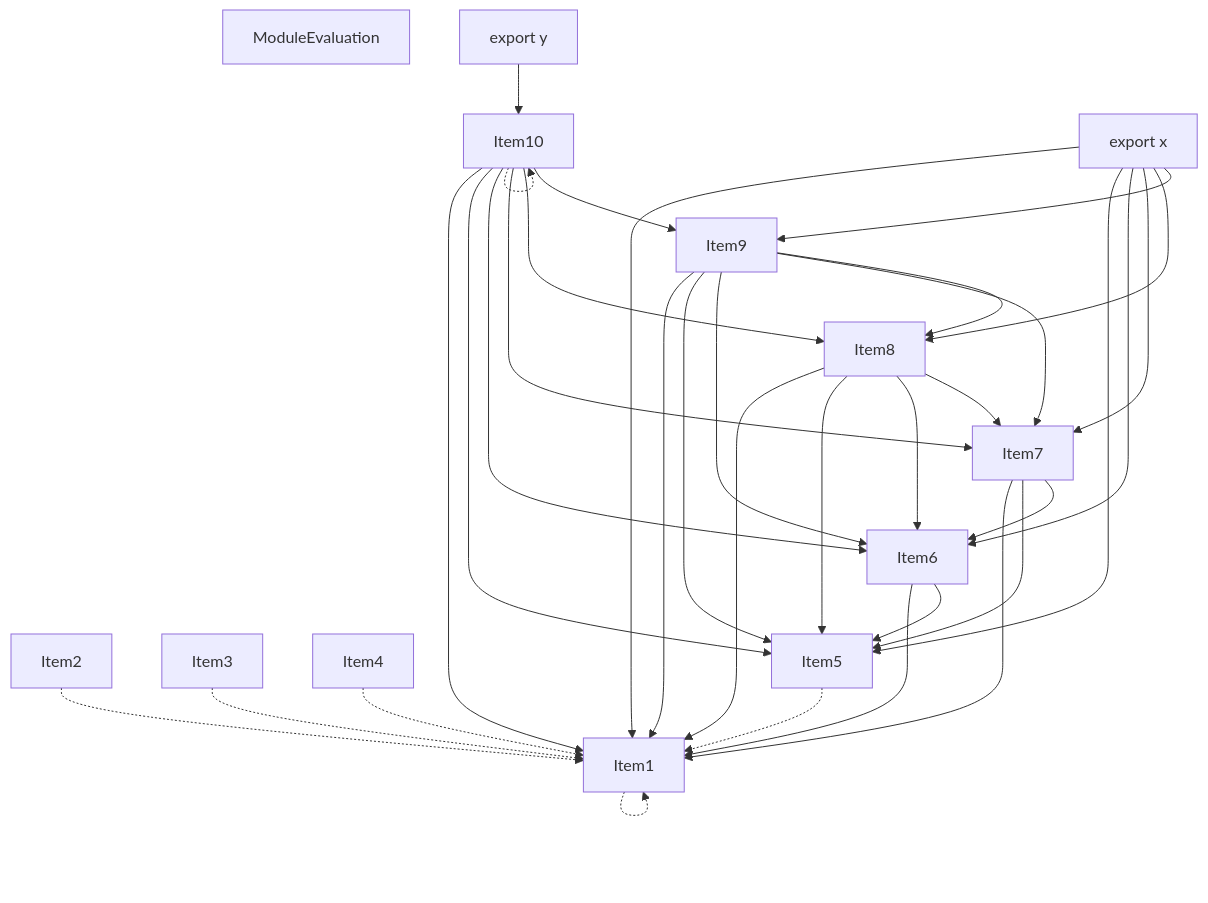
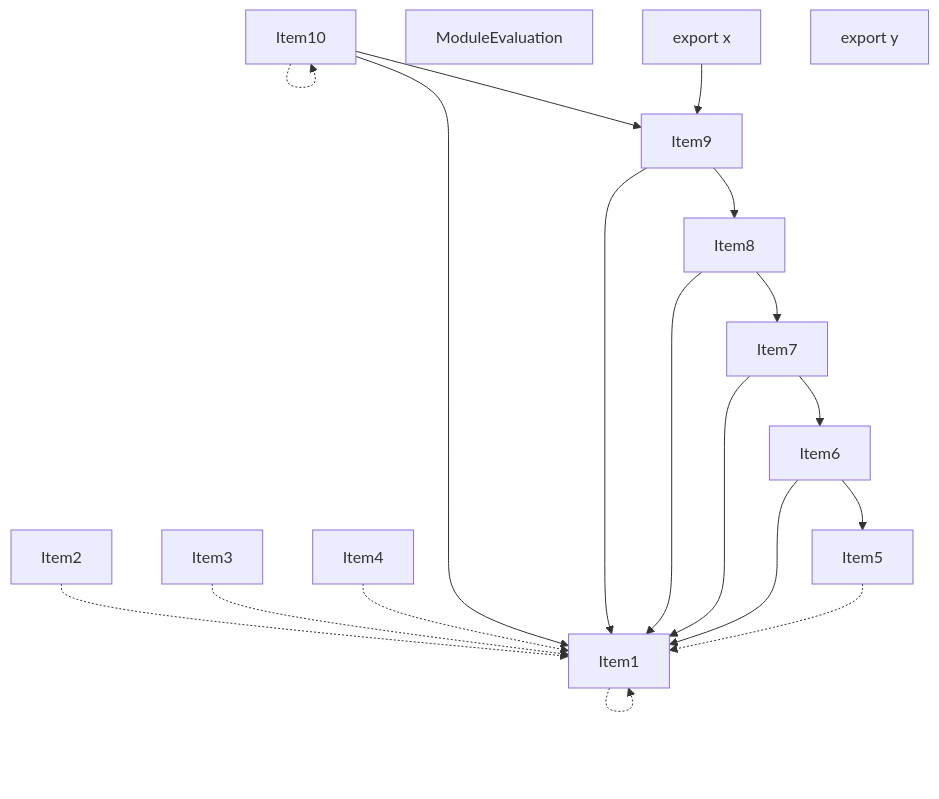
Before and after one commit to vercel/turborepo: the fourth of 5 diagrams in crates/turbopack-ecmascript/tests/tree-shaker/analyzer/grouping/output.md, drawn with Mermaid. The commit also changed other lines of this file and 20 other files, not shown here.

````diff
--- a/crates/turbopack-ecmascript/tests/tree-shaker/analyzer/grouping/output.md
+++ b/crates/turbopack-ecmascript/tests/tree-shaker/analyzer/grouping/output.md
@@ -215,52 +195,36 @@
 ```mermaid
 graph TD
     Item1;
     Item2;
     Item3;
     Item4;
     Item5;
     Item6;
     Item7;
     Item8;
     Item9;
     Item10;
     Item11;
     Item11["ModuleEvaluation"];
     Item12;
     Item12["export x"];
     Item13;
     Item13["export y"];
     Item1 -.-> Item1;
     Item2 -.-> Item1;
     Item3 -.-> Item1;
     Item4 -.-> Item1;
     Item5 -.-> Item1;
+    Item6 --> Item5;
     Item6 --> Item1;
-    Item6 --> Item5;
+    Item7 --> Item6;
     Item7 --> Item1;
-    Item7 --> Item5;
-    Item7 --> Item6;
+    Item8 --> Item7;
     Item8 --> Item1;
-    Item8 --> Item5;
-    Item8 --> Item6;
-    Item8 --> Item7;
+    Item9 --> Item8;
     Item9 --> Item1;
-    Item9 --> Item5;
-    Item9 --> Item6;
-    Item9 --> Item7;
-    Item9 --> Item8;
+    Item10 --> Item9;
     Item10 --> Item1;
-    Item10 --> Item5;
-    Item10 --> Item6;
-    Item10 --> Item7;
-    Item10 --> Item8;
-    Item10 --> Item9;
     Item10 -.-> Item10;
-    Item12 --> Item1;
-    Item12 --> Item5;
-    Item12 --> Item6;
-    Item12 --> Item7;
-    Item12 --> Item8;
     Item12 --> Item9;
-    Item13 --> Item10;
 ```
````
